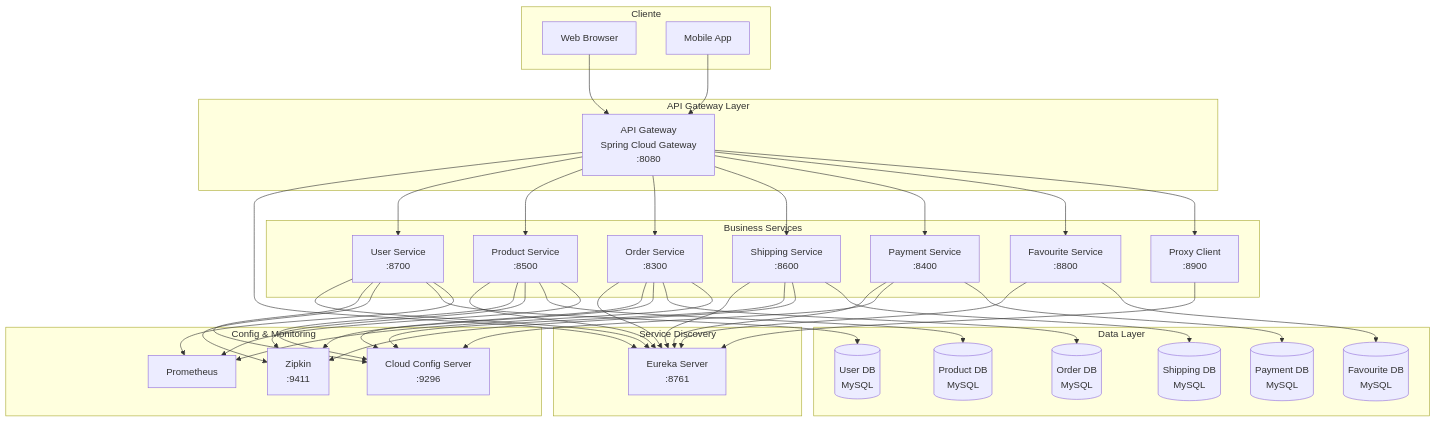
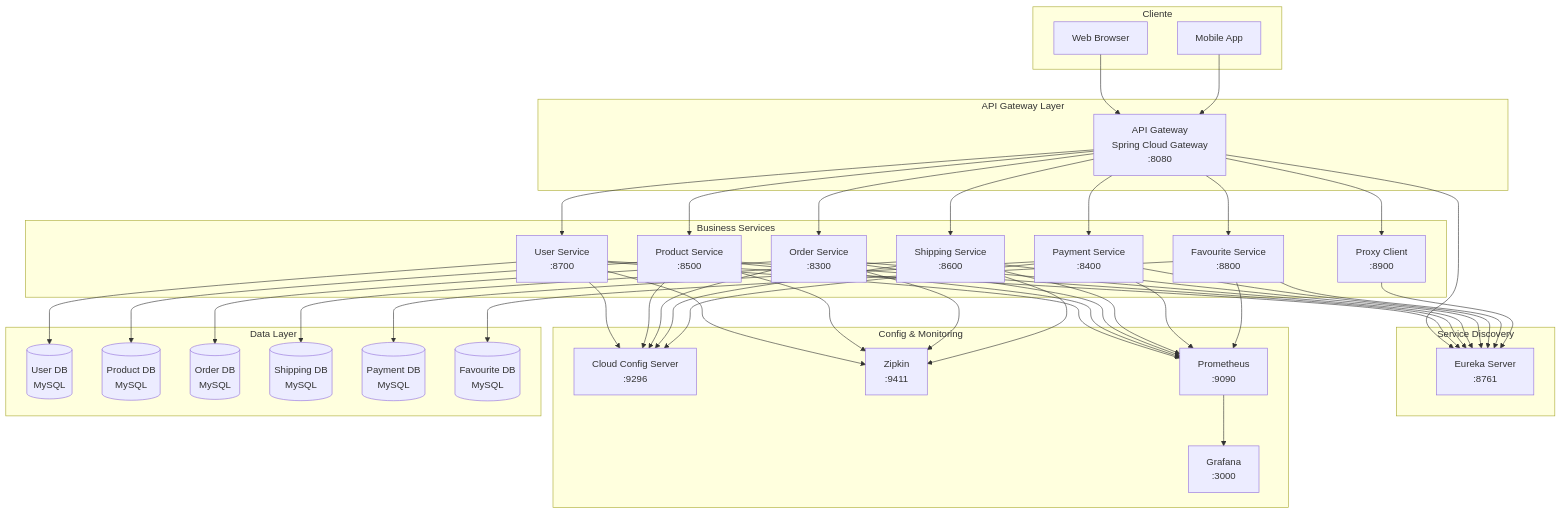
One commit to lolito996/ecommerce-microservice-backend-EntregaSoft changed the first of 10 diagrams in README.md. Above: the diagram before and after it, drawn with Mermaid. The commit also changed other lines of this file, not shown here.

````diff
--- a/README.md
+++ b/README.md
@@ -981,7 +1202,8 @@
     subgraph "Config & Monitoring"
         Config[Cloud Config Server<br/>:9296]
         Zipkin[Zipkin<br/>:9411]
-        Prometheus[Prometheus]
+        Prometheus[Prometheus<br/>:9090]
+        Grafana[Grafana<br/>:3000]
     end
     
     subgraph "Business Services"
@@ -1043,4 +1265,9 @@
     User --> Prometheus
     Product --> Prometheus
     Order --> Prometheus
+    Shipping --> Prometheus
+    Payment --> Prometheus
+    Favourite --> Prometheus
+    
+    Prometheus --> Grafana
 ```
````
